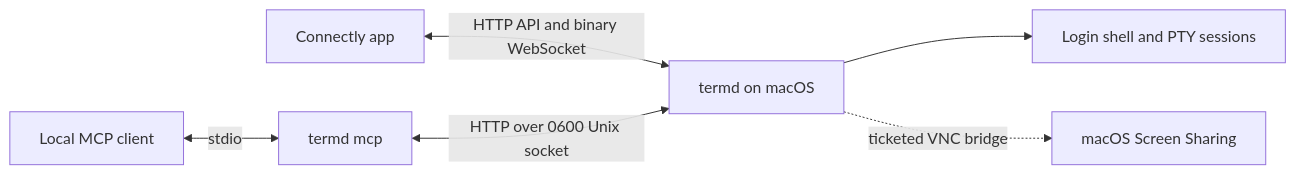
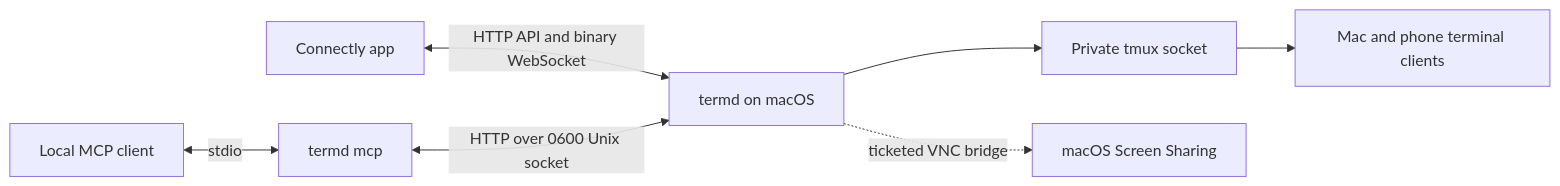
One commit to duggal1/Connectly changed the diagram in README.md. Above: the diagram before and after it, drawn with Mermaid. The commit also changed other lines of this file and 18 other files, not shown here.

Commit message:
Add tmux-backed remote terminal sessions

````diff
--- a/README.md
+++ b/README.md
@@ -19,8 +19,9 @@
 ```mermaid
 flowchart LR
   Phone[Connectly app] <-->|HTTP API and binary WebSocket| Daemon[termd on macOS]
-  Daemon --> PTY[Login shell and PTY sessions]
+  Daemon --> Tmux[Private tmux socket]
+  Tmux --> PTY[Mac and phone terminal clients]
   Agent[Local MCP client] <-->|stdio| MCP[termd mcp]
   MCP <-->|HTTP over 0600 Unix socket| Daemon
   Daemon -. ticketed VNC bridge .-> Screen[macOS Screen Sharing]
 ```
````
